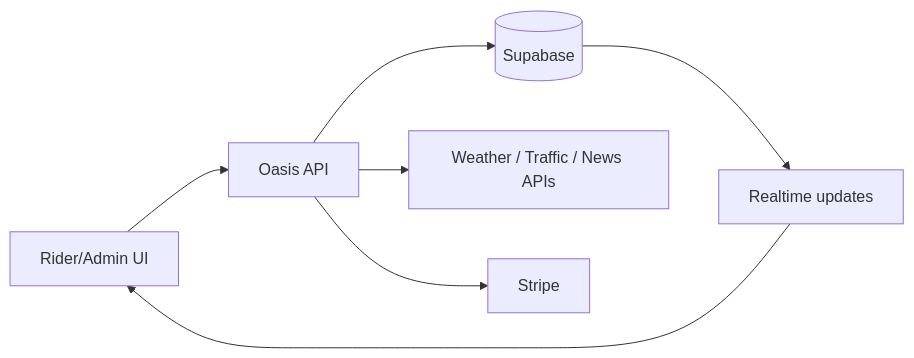
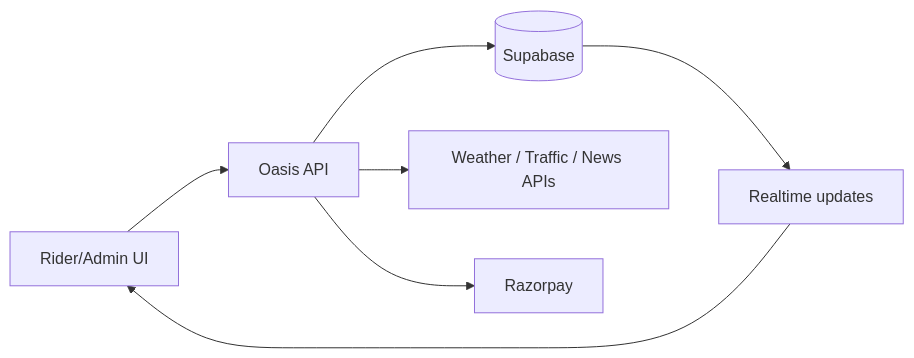
Before and after one commit to lohitkolluri/Oasis: the diagram in Docs/src/content/docs/api-overview.mdx, drawn with Mermaid. The commit also changed other lines of this file and 12 other files, not shown here.

````diff
--- a/Docs/src/content/docs/api-overview.mdx
+++ b/Docs/src/content/docs/api-overview.mdx
@@ -51,9 +51,9 @@
 ```mermaid
 flowchart LR
   UI[Rider/Admin UI] --> API[Oasis API]
   API --> DB[(Supabase)]
   API --> EXT[Weather / Traffic / News APIs]
-  API --> PAY[Stripe]
+  API --> PAY[Razorpay]
   DB --> RT[Realtime updates]
   RT --> UI
 ```
````
